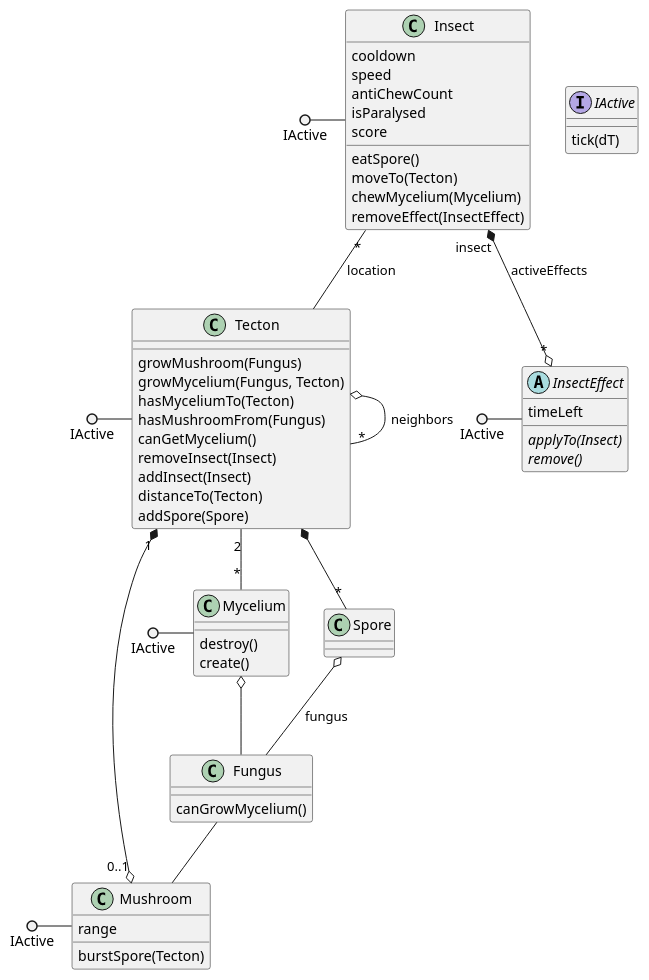
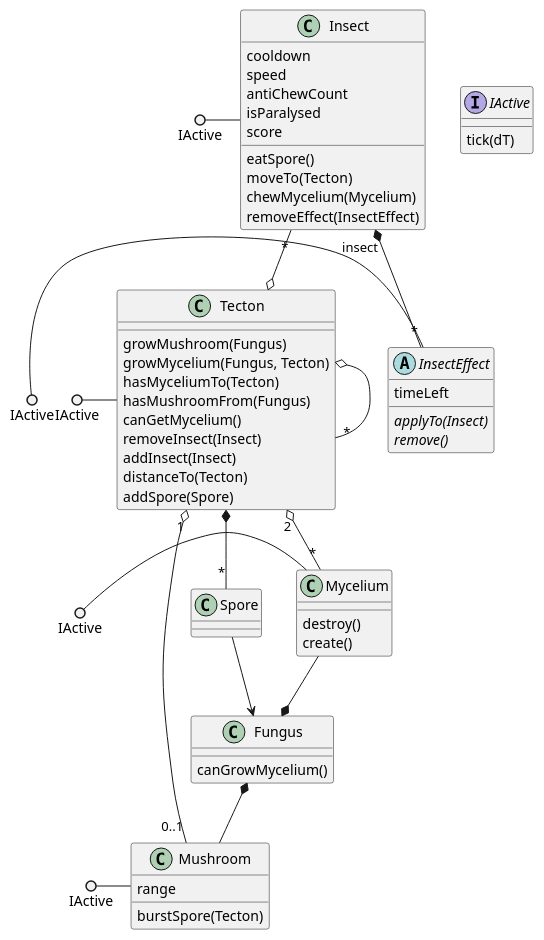
Before and after one commit to ZD4ve/projlab-error521: the diagram in classes.pu, drawn with PlantUML.

Commit message:
work on class diagram

```diff
--- a/classes.pu
+++ b/classes.pu
@@ -1,65 +1,65 @@
 @startuml classes
 interface IActive {
     tick(dT)
 }
 class Tecton {
     growMushroom(Fungus)
     growMycelium(Fungus, Tecton)
     hasMyceliumTo(Tecton)
     hasMushroomFrom(Fungus)
     canGetMycelium()
     removeInsect(Insect)
     addInsect(Insect)
     distanceTo(Tecton)
     addSpore(Spore)
 }
 class Fungus {
     canGrowMycelium()
 }
 class Mycelium {
     destroy()
     create()
 }
 class Mushroom {
     burstSpore(Tecton)
     range
 }
 class Spore
 class Insect {
     cooldown
     speed
     antiChewCount
     isParalysed
     score
     eatSpore()
     moveTo(Tecton)
     chewMycelium(Mycelium)
     removeEffect(InsectEffect)
 }
 abstract InsectEffect {
     timeLeft
     {abstract} applyTo(Insect)
     {abstract} remove()
 }
 
 
 IActive ()- Tecton
 IActive ()- Mushroom
 IActive ()- Mycelium
 IActive ()- Insect
 IActive ()- InsectEffect
 
-Tecton o-- "*" Tecton : neighbors
-Tecton "2" -- "*" Mycelium
+Tecton o-- "*" Tecton
+Tecton "2" o-- "*" Mycelium
 Tecton *-- "*" Spore
-Tecton "1" *--o "0..1" Mushroom
+Tecton "1" o-- "0..1" Mushroom
 
-Mycelium o-- Fungus
+Mycelium --* Fungus
 
-Insect "insect" *--o "*" InsectEffect : activeEffects
-Insect "*" -- Tecton : location
+Insect "insect" *-- "*" InsectEffect
+Insect "*" --o Tecton
 
-Spore o-- Fungus : fungus
+Spore --> Fungus
 
-Fungus -- Mushroom
+Fungus *-- Mushroom
 @enduml
```
